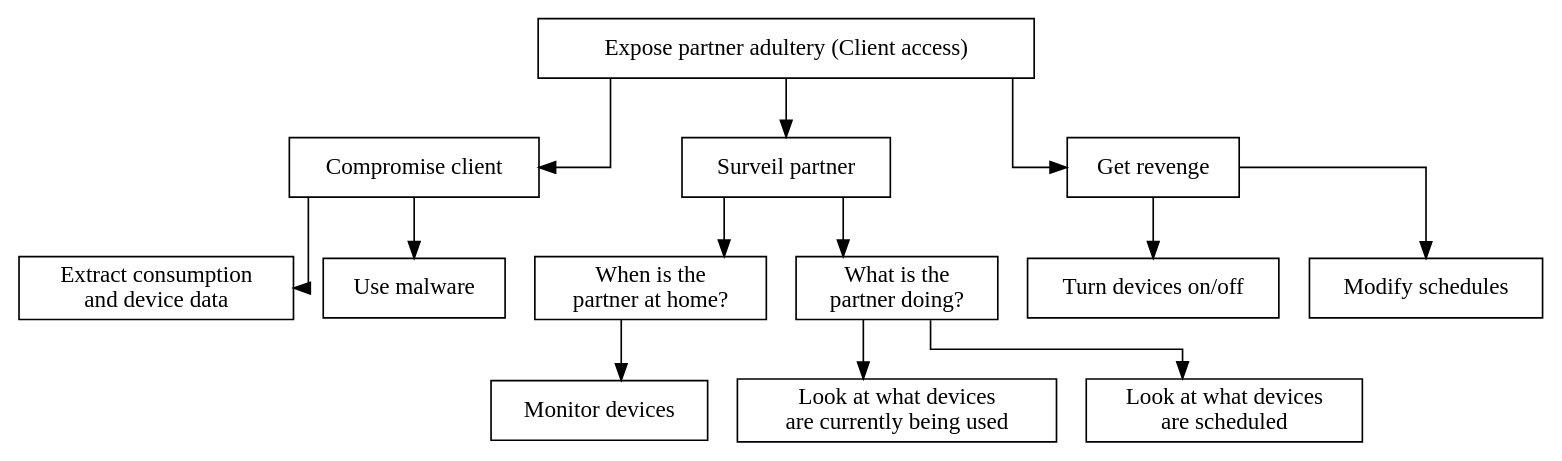
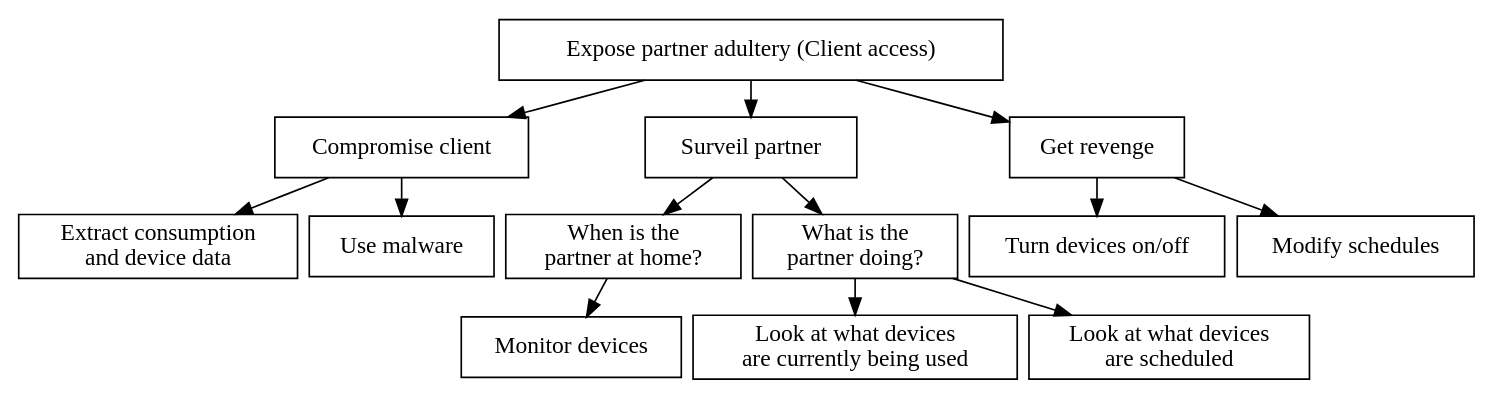
Before and after one commit to des904e15/report: the diagram in figures/graphviz/partner_vs_consumer_client.dot, drawn with Graphviz. The commit also changed 10 other files, not shown here.

```diff
--- a/figures/graphviz/partner_vs_consumer_client.dot
+++ b/figures/graphviz/partner_vs_consumer_client.dot
@@ -1,40 +1,41 @@
-digraph finite_state_machine {
-  node [shape = rectangle];
-  graph [splines=ortho];
+digraph G {
+
+graph[ center=true, margin=0.2, nodesep=0.1, ranksep=0.3]
+node[ shape=rectangle];
 
   root[label = "Expose partner adultery (Client access)",shape=AND];
 
 
     compromise_client[label="Compromise client", shape=OR];
     root->compromise_client;
     extractDataFromClient[label="Extract consumption\nand device data"];
     gainRemoteAccessToClient[label="Use malware"]
     compromise_client -> extractDataFromClient, gainRemoteAccessToClient;
 
   surveil[label="Surveil partner",shape=OR];
   root->surveil;
 
     at_home[label="When is the\npartner at home?"];
     surveil->at_home
 
       running_devices[label="Monitor devices"];
       at_home->running_devices;
 
     doing_what[label="What is the\npartner doing?",shape=OR];
     surveil->doing_what;
 
       running_devices2[label="Look at what devices\nare currently being used"];
       doing_what->running_devices2;
 
       scheduled_devices[label="Look at what devices\nare scheduled"];
       doing_what->scheduled_devices;
 
   revenge[label="Get revenge",shape=OR];
   root->revenge;
 
     turn_onoff[label="Turn devices on/off"];
     revenge->turn_onoff;
 
     modify_schedules[label="Modify schedules"];
     revenge->modify_schedules;
 }
```
